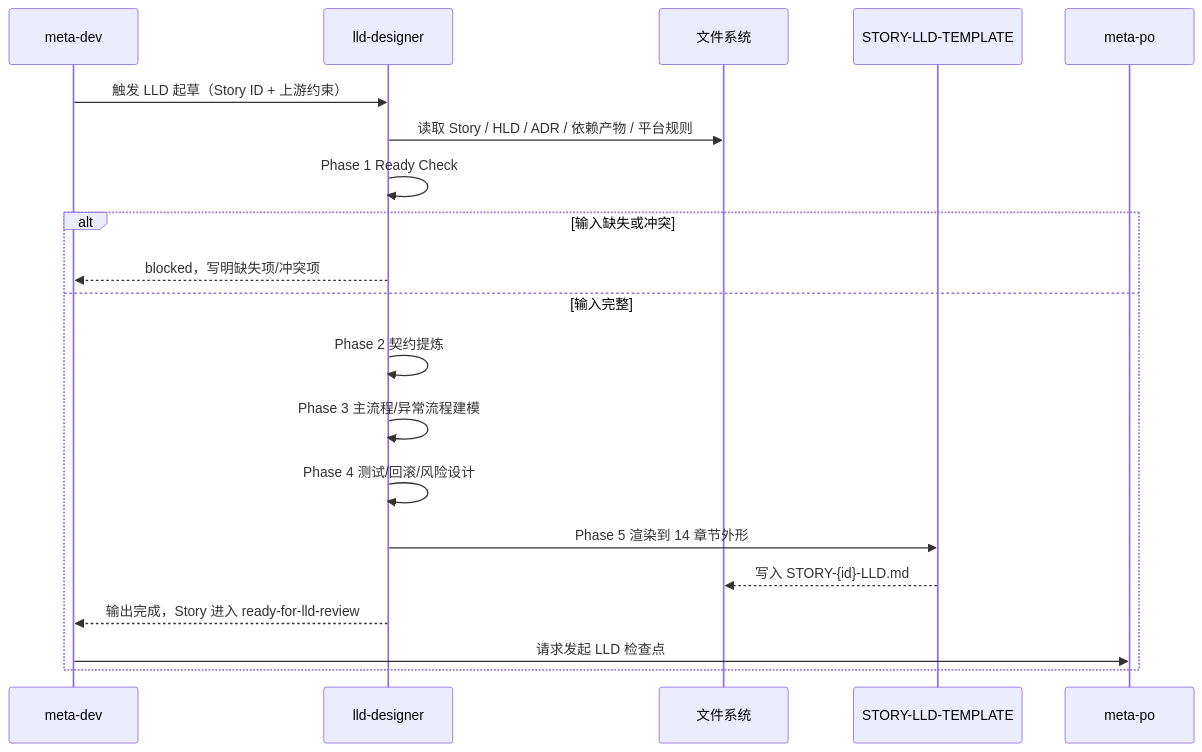
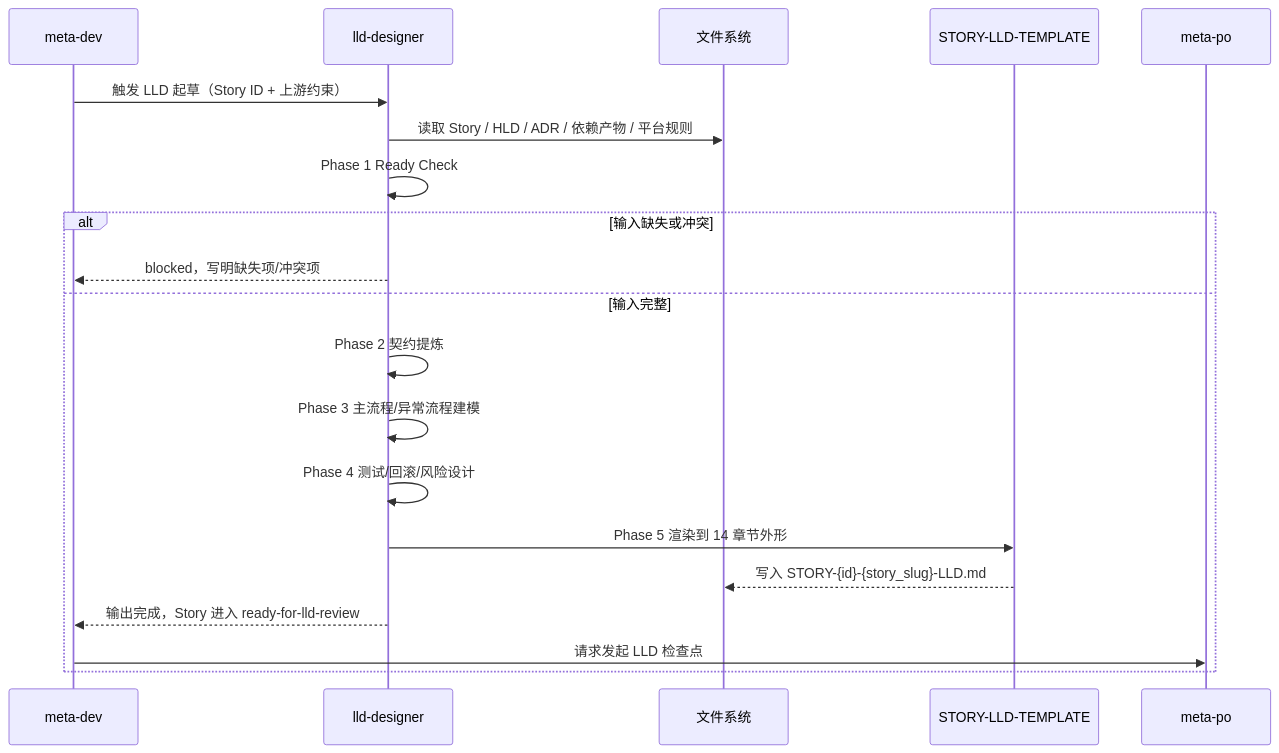
One commit to hyde-zhao/meta-flow changed the second of 3 diagrams in process/HLD-lld-writing-method.md. Above: the diagram before and after it, drawn with Mermaid. The commit also changed other lines of this file and 23 other files, not shown here.

````diff
--- a/process/HLD-lld-writing-method.md
+++ b/process/HLD-lld-writing-method.md
@@ -408,23 +408,23 @@
 ```mermaid
 sequenceDiagram
   participant DEV as meta-dev
   participant LLD as lld-designer
   participant FS as 文件系统
   participant TMP as STORY-LLD-TEMPLATE
   participant PO as meta-po
 
   DEV->>LLD: 触发 LLD 起草（Story ID + 上游约束）
   LLD->>FS: 读取 Story / HLD / ADR / 依赖产物 / 平台规则
   LLD->>LLD: Phase 1 Ready Check
   alt 输入缺失或冲突
     LLD-->>DEV: blocked，写明缺失项/冲突项
   else 输入完整
     LLD->>LLD: Phase 2 契约提炼
     LLD->>LLD: Phase 3 主流程/异常流程建模
     LLD->>LLD: Phase 4 测试/回滚/风险设计
     LLD->>TMP: Phase 5 渲染到 14 章节外形
-    TMP-->>FS: 写入 STORY-{id}-LLD.md
+    TMP-->>FS: 写入 STORY-{id}-{story_slug}-LLD.md
     LLD-->>DEV: 输出完成，Story 进入 ready-for-lld-review
     DEV->>PO: 请求发起 LLD 检查点
   end
 ```
````
